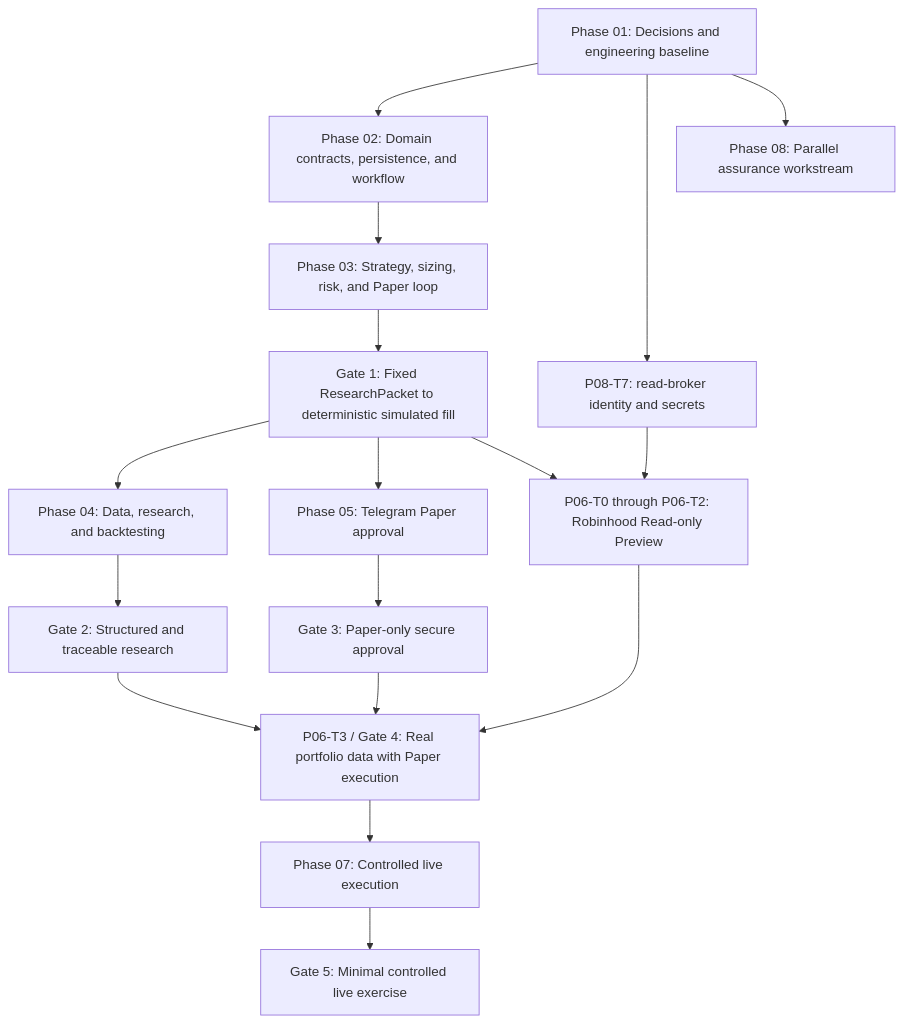
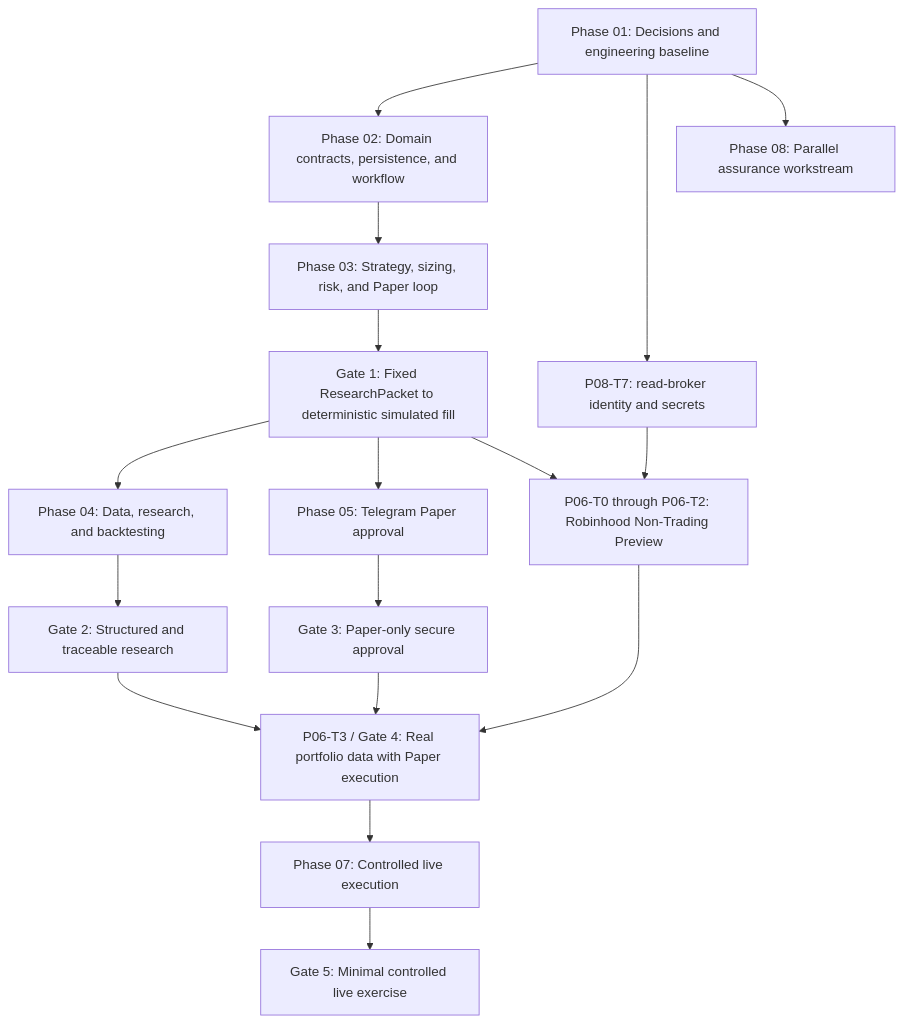
Before and after one commit to likefudan/ainvest: the diagram in IMPLEMENTATION_TODO.md, drawn with Mermaid. The commit also changed other lines of this file and 10 other files, not shown here.

````diff
--- a/IMPLEMENTATION_TODO.md
+++ b/IMPLEMENTATION_TODO.md
@@ -163,19 +166,19 @@
 ```mermaid
 flowchart TD
     P01["Phase 01: Decisions and engineering baseline"] --> P02["Phase 02: Domain contracts, persistence, and workflow"]
     P02 --> P03["Phase 03: Strategy, sizing, risk, and Paper loop"]
     P03 --> G1["Gate 1: Fixed ResearchPacket to deterministic simulated fill"]
     G1 --> P04["Phase 04: Data, research, and backtesting"]
     G1 --> P05["Phase 05: Telegram Paper approval"]
     P04 --> G2["Gate 2: Structured and traceable research"]
     P05 --> G3["Gate 3: Paper-only secure approval"]
     P01 --> S08["P08-T7: read-broker identity and secrets"]
-    G1 --> P06["P06-T0 through P06-T2: Robinhood Read-only Preview"]
+    G1 --> P06["P06-T0 through P06-T2: Robinhood Non-Trading Preview"]
     S08 --> P06
     P06 --> G4["P06-T3 / Gate 4: Real portfolio data with Paper execution"]
     G2 --> G4
     G3 --> G4
     G4 --> P07["Phase 07: Controlled live execution"]
     P07 --> G5["Gate 5: Minimal controlled live exercise"]
     P01 --> P08["Phase 08: Parallel assurance workstream"]
 ```
````
